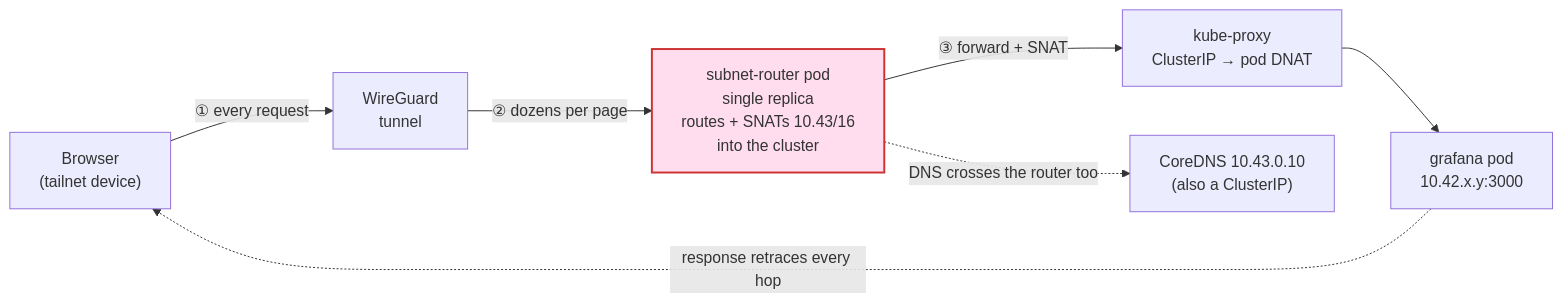
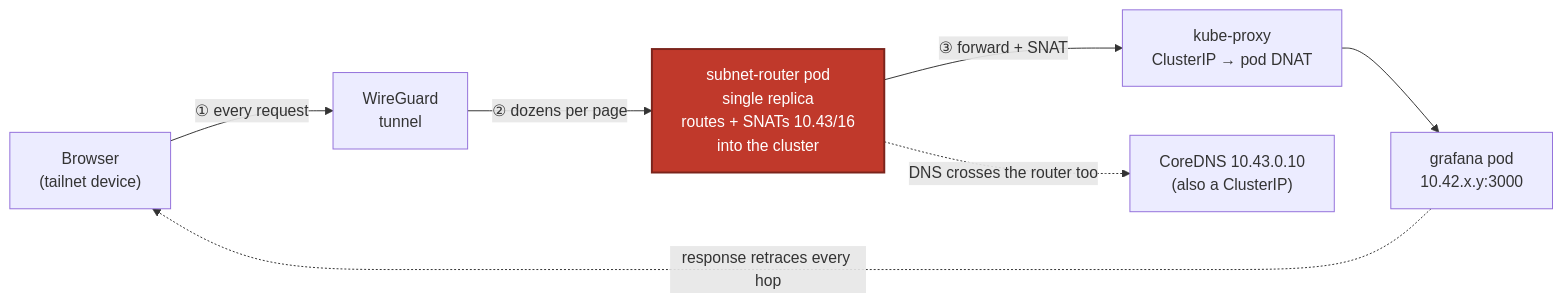
Before and after one commit to azusachino/harus-blog: the first of 2 diagrams in docs/tech/posts/k3s-traefik-ingress.md, drawn with Mermaid. The commit also changed other lines of this file, not shown here.

````diff
--- a/docs/tech/posts/k3s-traefik-ingress.md
+++ b/docs/tech/posts/k3s-traefik-ingress.md
@@ -45,19 +45,19 @@
 ```mermaid
 flowchart LR
   B["Browser<br/>(tailnet device)"]
   WG["WireGuard<br/>tunnel"]
   SRP["subnet-router pod<br/>single replica<br/>routes + SNATs 10.43/16<br/>into the cluster"]
   KP["kube-proxy<br/>ClusterIP → pod DNAT"]
   G["grafana pod<br/>10.42.x.y:3000"]
   CD["CoreDNS 10.43.0.10<br/>(also a ClusterIP)"]
 
   B -->|"① every request"| WG
   WG -->|"② dozens per page"| SRP
   SRP -->|"③ forward + SNAT"| KP
   KP --> G
   SRP -.->|"DNS crosses the router too"| CD
   G -.->|"response retraces every hop"| B
 
-  classDef pain fill:#fde,stroke:#c33,stroke-width:2px;
+  classDef pain fill:#c0392b,stroke:#7b241c,stroke-width:2px,color:#fff;
   class SRP pain;
 ```
````
